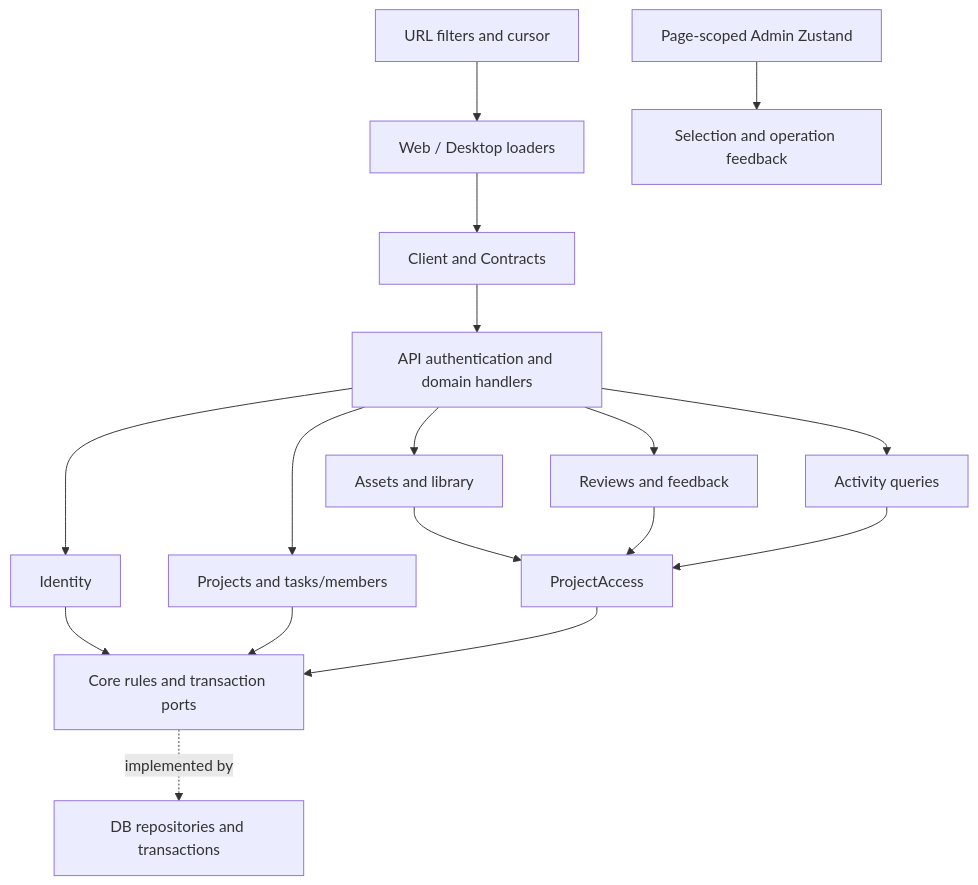
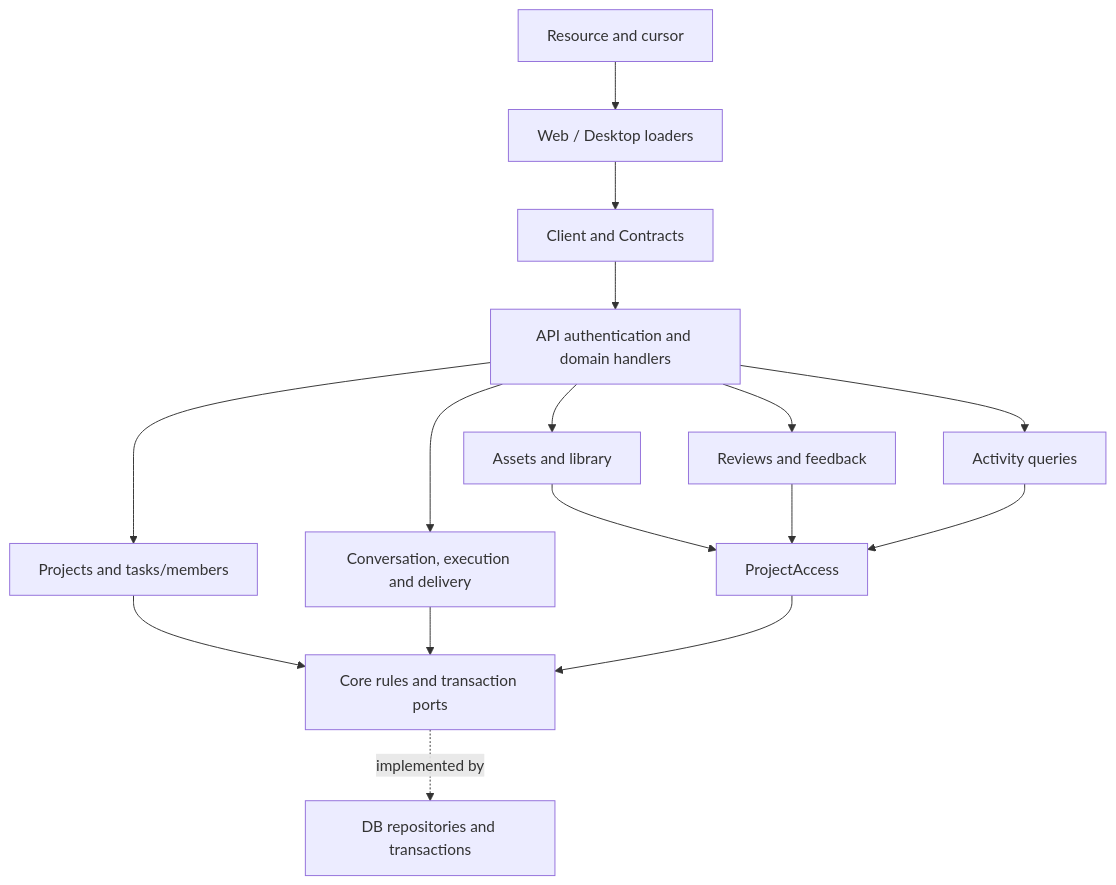
Before and after one commit to raypx/raypx: the diagram in docs/architecture/domain-services.md, drawn with Mermaid. The commit also changed other lines of this file and 459 other files, not shown here.

````diff
--- a/docs/architecture/domain-services.md
+++ b/docs/architecture/domain-services.md
@@ -7,19 +9,18 @@
 ```mermaid
 flowchart TD
-  URL[URL filters and cursor] --> Loader[Web / Desktop loaders]
-  Store[Page-scoped Admin Zustand] --> UI[Selection and operation feedback]
+  URL[Resource and cursor] --> Loader[Web / Desktop loaders]
   Loader --> Client[Client and Contracts]
   Client --> API[API authentication and domain handlers]
-  API --> Identity[Identity]
   API --> Projects[Projects and tasks/members]
   API --> Assets[Assets and library]
   API --> Reviews[Reviews and feedback]
   API --> Activity[Activity queries]
+  API --> Cloud[Conversation, execution and delivery]
   Assets --> Access[ProjectAccess]
   Reviews --> Access
   Activity --> Access
-  Identity --> Core[Core rules and transaction ports]
-  Projects --> Core
+  Projects --> Core[Core rules and transaction ports]
+  Cloud --> Core
   Access --> Core
   Core -. implemented by .-> DB[DB repositories and transactions]
 ```
````
